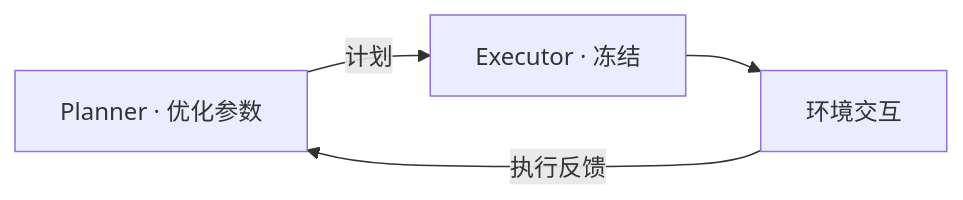
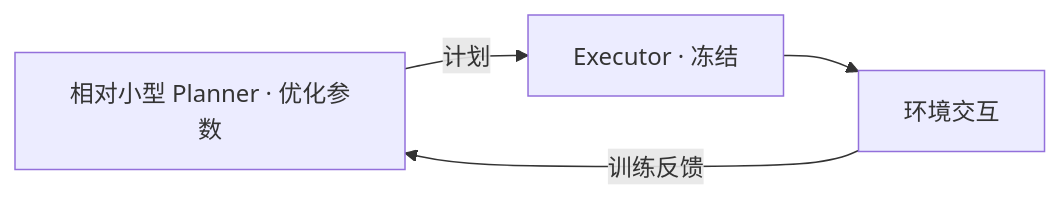
The diagram in README.md (anxi710/plan-execute-optimization), drawn with Mermaid before and after one commit. The commit also changed other lines of this file and 39 other files, not shown here.

````diff
--- a/README.md
+++ b/README.md
@@ -9,6 +11,6 @@
 ```mermaid
 flowchart LR
-  P["Planner · 优化参数"] -->|计划| E["Executor · 冻结"]
+  P["相对小型 Planner · 优化参数"] -->|计划| E["Executor · 冻结"]
   E --> T["环境交互"]
-  T -->|执行反馈| P
+  T -->|训练反馈| P
 ```
````
